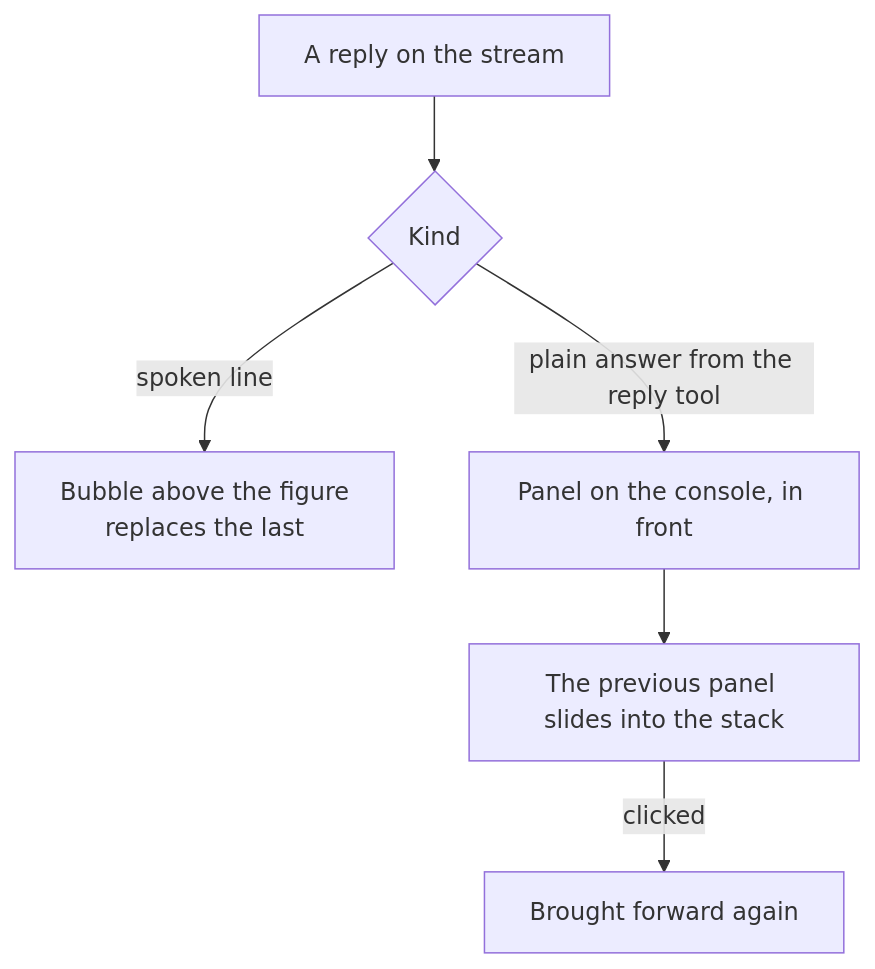
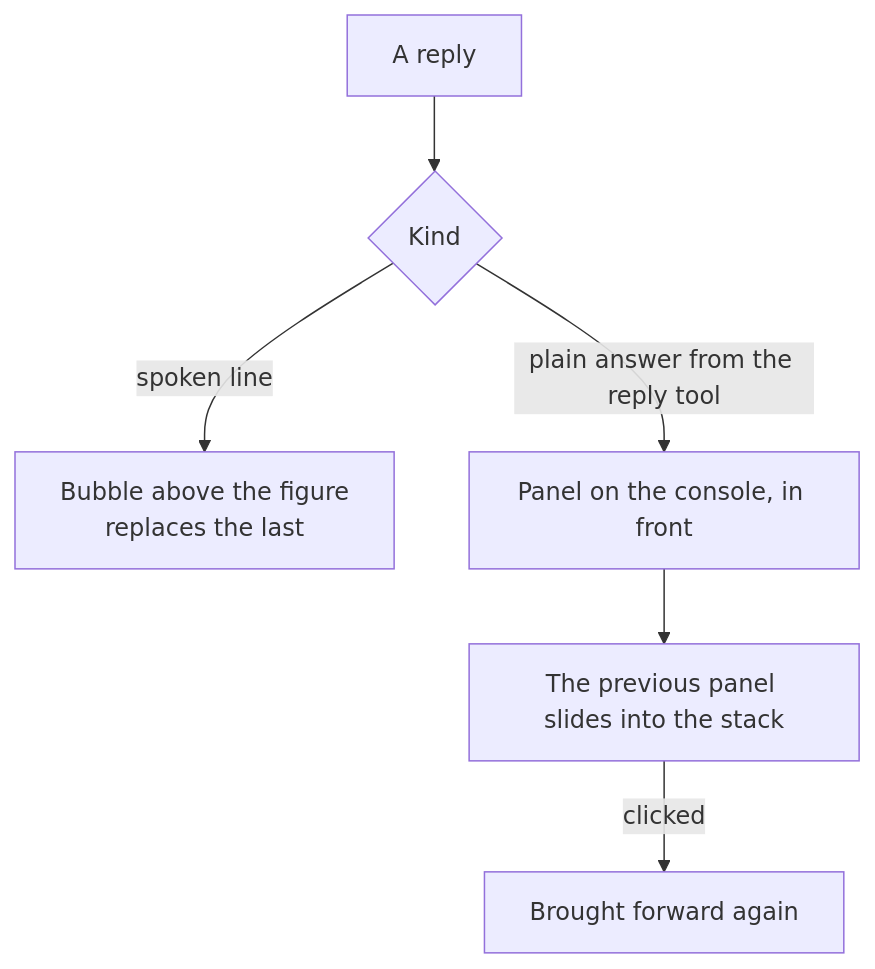
Before and after one commit to Esposter/Esposter: the diagram in apps/web/content/docs/proposals/infra/agent-console/spatial-chat.md, drawn with Mermaid. The commit also changed other lines of this file and 13 other files, not shown here.

````diff
--- a/apps/web/content/docs/proposals/infra/agent-console/spatial-chat.md
+++ b/apps/web/content/docs/proposals/infra/agent-console/spatial-chat.md
@@ -23,8 +23,8 @@
 ```mermaid
 flowchart TD
-  R[A reply on the stream] --> K{Kind}
+  R[A reply] --> K{Kind}
   K -->|spoken line| B[Bubble above the figure<br/>replaces the last]
   K -->|plain answer from the reply tool| P[Panel on the console, in front]
   P --> S[The previous panel slides into the stack]
   S -->|clicked| F[Brought forward again]
 ```
````
